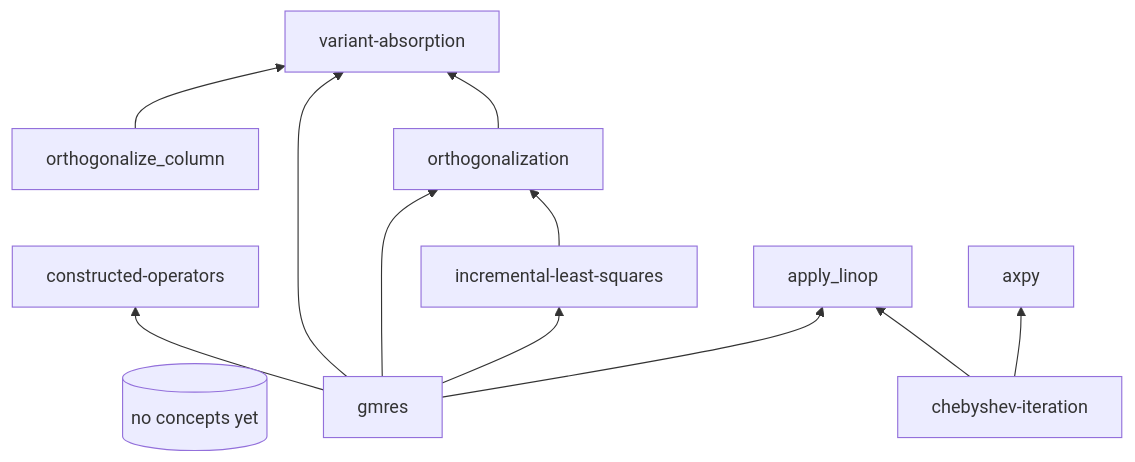
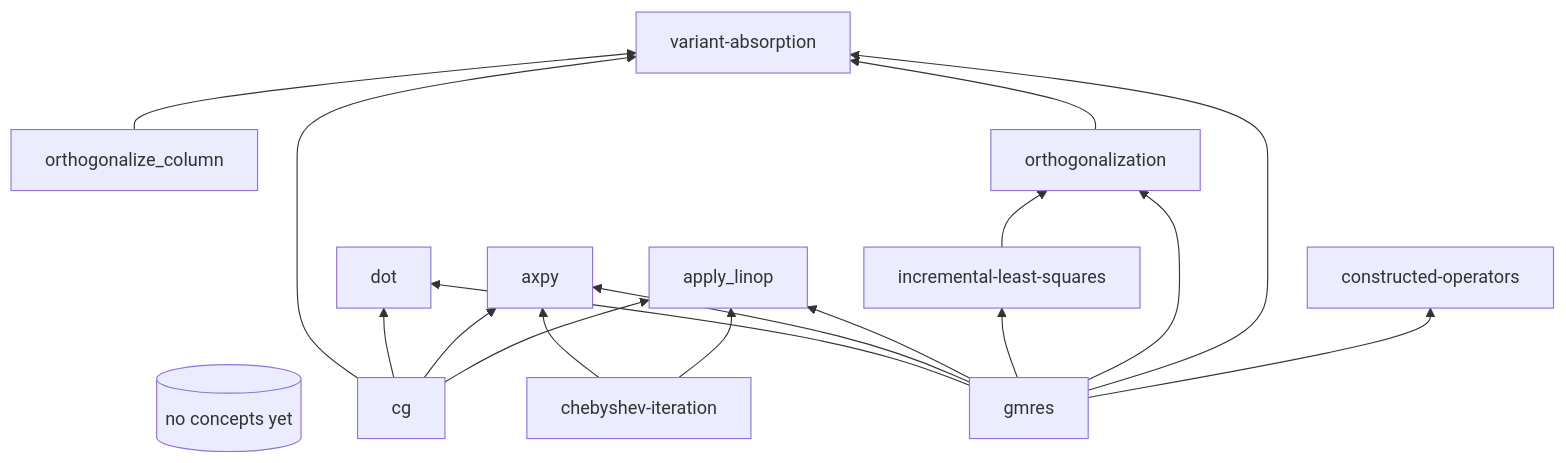
The second of 5 diagrams in book/src/concepts/dependency-map.md (crutcher/palace_whiteroom), drawn with Mermaid before and after one commit. The commit also changed 4 other files, not shown here.

````diff
--- a/book/src/concepts/dependency-map.md
+++ b/book/src/concepts/dependency-map.md
@@ -43,15 +43,21 @@
 ```mermaid
 graph BT
   %% Empty — populate as concepts are extracted.
   placeholder[(no concepts yet)]
   orthogonalize_column --> variant-absorption
   gmres --> constructed-operators
   gmres --> variant-absorption
   gmres --> orthogonalization
   gmres --> incremental-least-squares
   incremental-least-squares --> orthogonalization
   gmres --> apply_linop
   orthogonalization --> variant-absorption
   chebyshev-iteration --> apply_linop
   chebyshev-iteration --> axpy
+  cg --> apply_linop
+  cg --> axpy
+  cg --> dot
+  cg --> variant-absorption
+  gmres --> axpy
+  gmres --> dot
 ```
````
